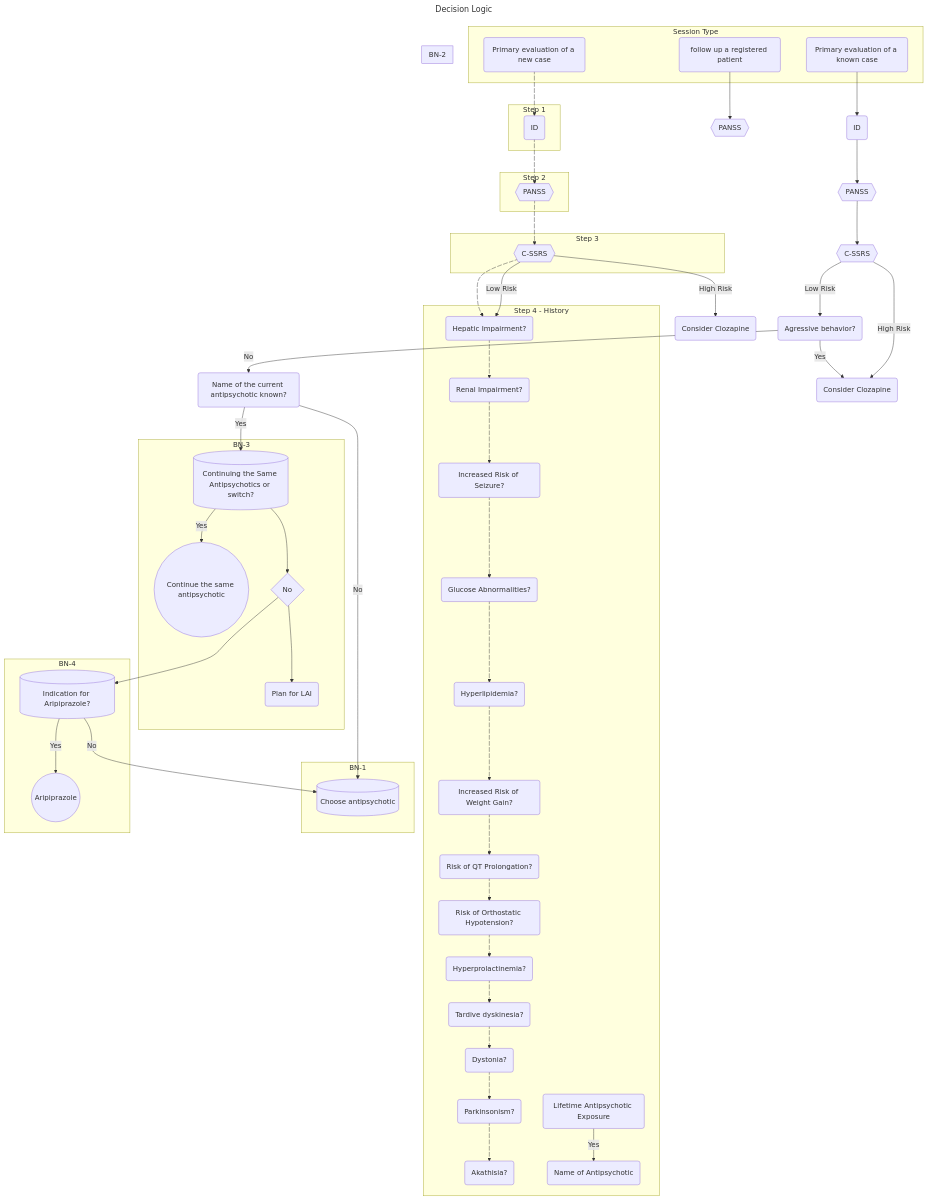
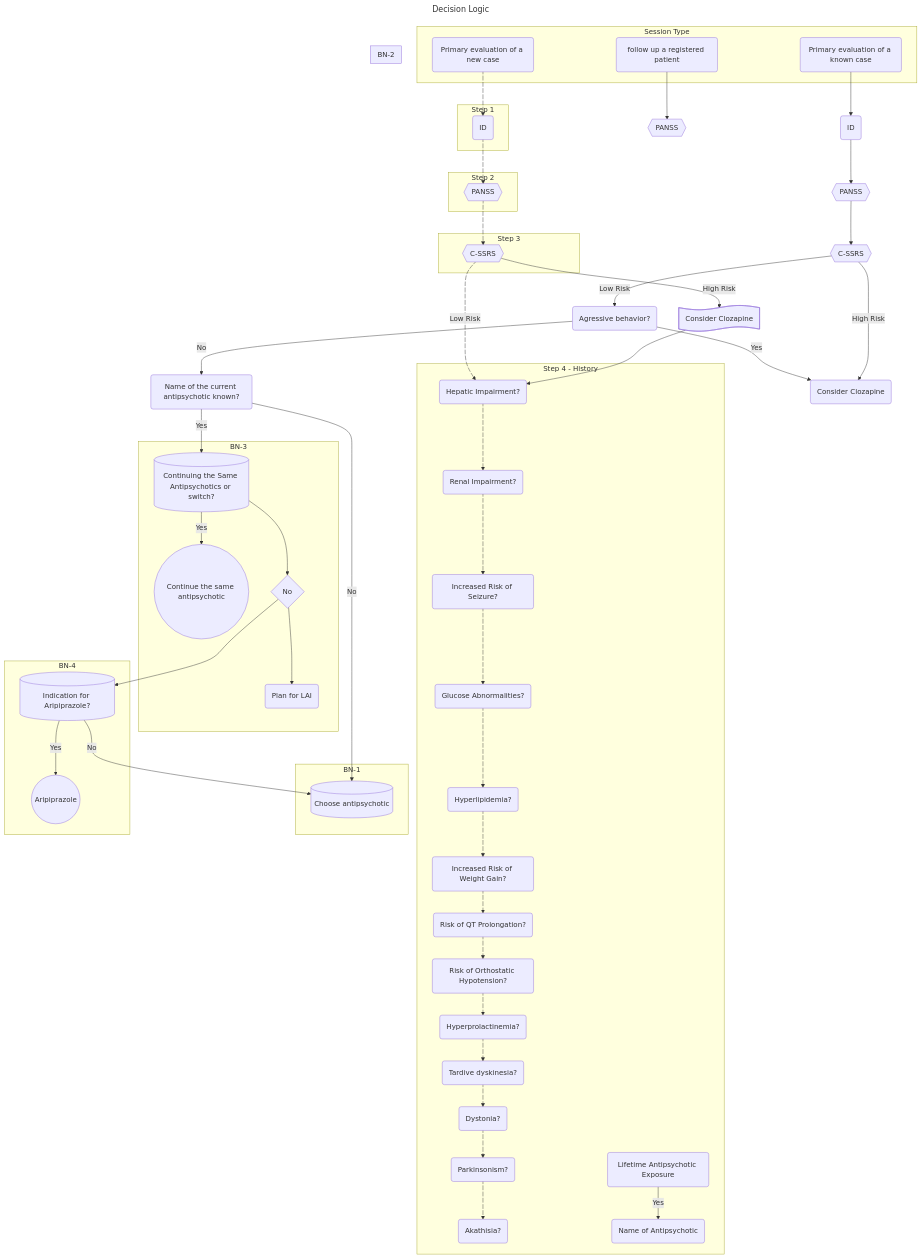
The diagram in project-documents/flowchart.mermaid (a-rastin/X), drawn with Mermaid before and after one commit.

Commit message:
Edit flowchart

```diff
--- a/project-documents/flowchart.mermaid
+++ b/project-documents/flowchart.mermaid
@@ -1,122 +1,122 @@
 ---
 title: Decision Logic
 ---
 flowchart TD
     subgraph Session Type
         A(Primary evaluation of a new case)
         B(Primary evaluation of a known case) 
         C(follow up a registered patient)                          
     end
 
     subgraph Step 4 - History
         History1(Hepatic Impairment?)
         History2(Renal Impairment?)
         History3(Increased Risk of Seizure?)
         History4(Glucose Abnormalities?)
         History5(Hyperlipidemia?)
         History6(Increased Risk of Weight Gain?)
         History7(Risk of QT Prolongation?)
         History8(Risk of Orthostatic Hypotension?)
         History9(Hyperprolactinemia?)
         History10(Tardive dyskinesia?)
         History11(Dystonia?)
         History12(Parkinsonism?)
         History13(Akathisia?)
         History20(Lifetime Antipsychotic Exposure)
         History21(Name of Antipsychotic)
     end
 
     subgraph BN-1
         D[(Choose antipsychotic)]
     end
 
     subgraph BN-2
     end
 
     subgraph BN-3
         E[(Continuing the Same Antipsychotics or switch?)]
         F((Continue the same antipsychotic))
         F1{No}
         F2(Plan for LAI)
     end
 
     subgraph BN-4
         G[(Indication for Aripiprazole?)]
         H((Aripiprazole))
     end
 
     subgraph Step 1
         A1(ID)
     end
     subgraph Step 2
         A2{{PANSS}}
     end
     subgraph Step 3
         A3{{C-SSRS}}
     end
-    A4(Consider Clozapine)
+    A4@{ shape: flag, label: "Consider Clozapine" }
 
     A e1@--> A1
         e1@{ animation: slow }
     A1 e2@--> A2
         e2@{ animation: slow }
     A2 e3@--> A3
         e3@{ animation: slow }
-    A3 e4@--> History1
+    A3 e4@--> |Low Risk| History1
         e4@{ animation: slow }
-    A3 --> |Low Risk| History1
     A3 --> |High Risk| A4
+    A4 --> History1
     History1 e5@--> History2
         e5@{ animation: slow }
     History2 e6@--> History3
         e6@{ animation: slow }
     History3 e7@--> History4
         e7@{ animation: slow }
     History4 e8@--> History5
         e8@{ animation: slow }
     History5 e9@--> History6
         e9@{ animation: slow }
     History6 e10@--> History7
         e10@{ animation: slow }
     History7 e11@--> History8
         e11@{ animation: slow }
     History8 e12@--> History9
         e12@{ animation: slow }
     History9 e13@--> History10
         e13@{ animation: slow }
     History10 e14@--> History11
         e14@{ animation: slow }
     History11 e15@--> History12
         e15@{ animation: slow }
     History12 e16@--> History13
         e16@{ animation: slow }
     History20 --> |Yes| History21
                                                                                        
     B1(Name of the current antipsychotic known?)
     B2{{C-SSRS}}
     B3(Consider Clozapine)
     B4{{PANSS}}
     B5(Agressive behavior?)
     B6(ID)
     
 
     B --> B6
     B6 --> B4
     B4 --> B2
     B2 --> |Low Risk| B5
     B5 --> |No| B1
     B5 --> |Yes| B3
     B2 --> |High Risk| B3
     B1 --> |No| D
     B1 --> |Yes| E
     E --> |Yes| F
     E --> F1
     F1 --> G
     F1 --> F2
     G --> |Yes| H
     G --> |No| D
 
 
     C1{{PANSS}}
 
     C --> C1
```
